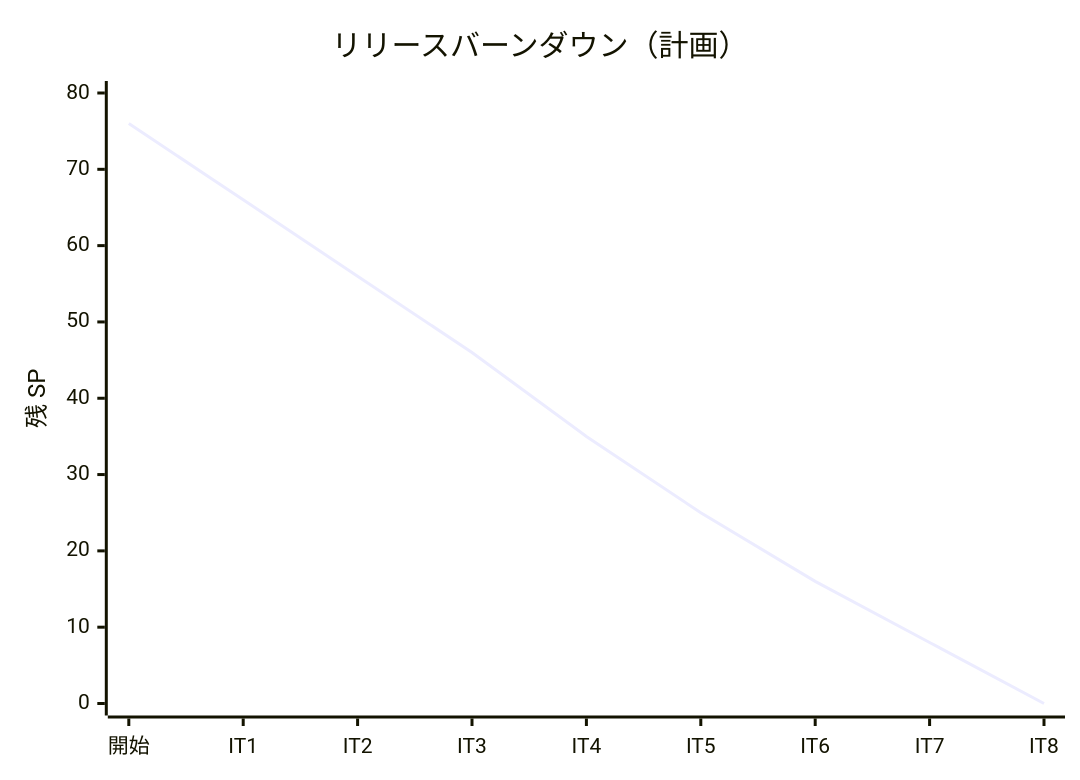
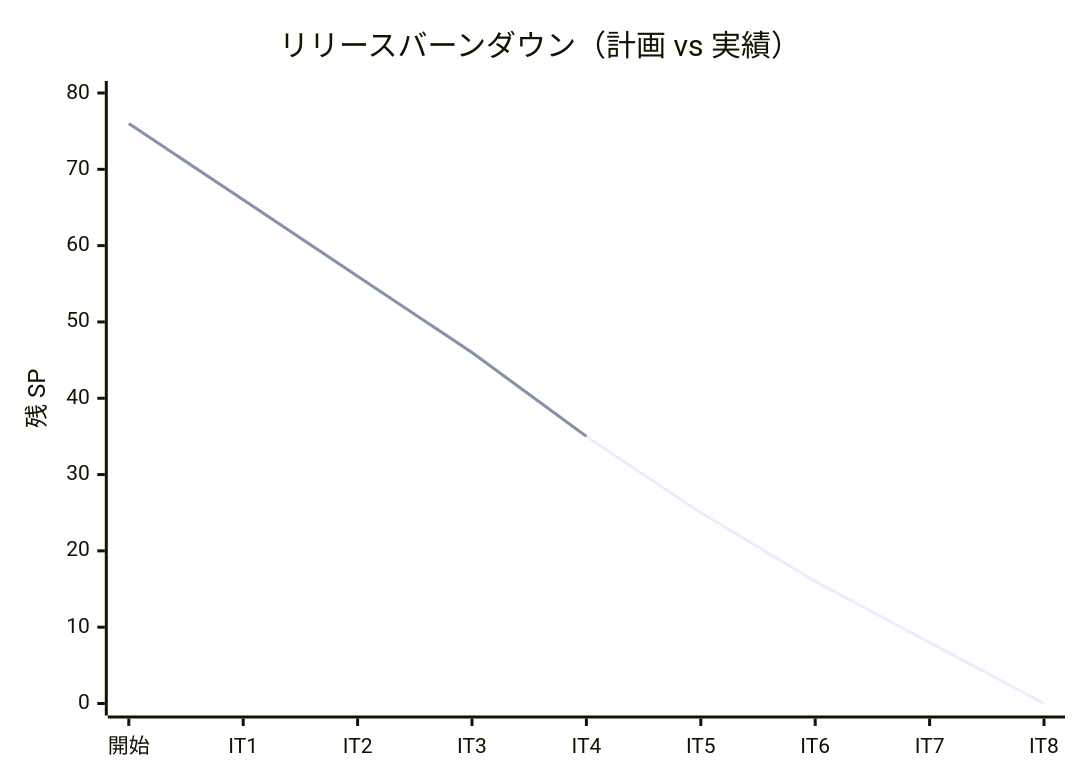
One commit to k2works/case-study-cargo-tracker changed the third of 3 diagrams in docs/development/release_plan.md. Above: the diagram before and after it, drawn with Mermaid. The commit also changed other lines of this file and 1 other file, not shown here.

````diff
--- a/docs/development/release_plan.md
+++ b/docs/development/release_plan.md
@@ -393,7 +395,8 @@
 ```mermaid
 xychart-beta
-    title "リリースバーンダウン（計画）"
+    title "リリースバーンダウン（計画 vs 実績）"
     x-axis ["開始", "IT1", "IT2", "IT3", "IT4", "IT5", "IT6", "IT7", "IT8"]
     y-axis "残 SP" 0 --> 80
     line "計画" [76, 66, 56, 46, 35, 25, 16, 8, 0]
+    line "実績" [76, 66, 56, 46, 35]
 ```
````
